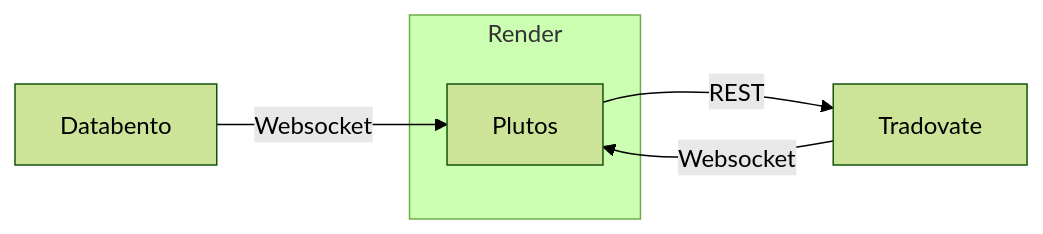
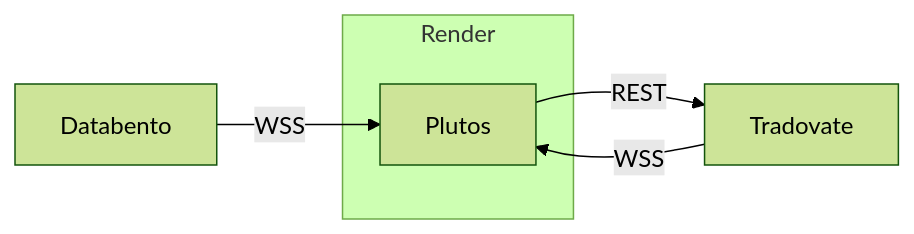
The first of 2 diagrams in architecture.md (andreas-lehn/plutos), drawn with Mermaid (forest theme) before and after one commit. The commit also changed other lines of this file, not shown here.

Commit message:
insert graphics for task architecture

````diff
--- a/architecture.md
+++ b/architecture.md
@@ -46,12 +46,12 @@
 ```mermaid
 graph LR
     %% Das Hauptsystem in der Mitte
     subgraph Render
         bot[Plutos]
     end
 
     %% Der Hauptdatenfluss von links nach rechts
-    bento[Databento] --Websocket--> bot
-    bot --REST--> trade[Tradovate]
-    trade --Websocket--> bot
+    bento[Databento] --WSS--> bot
+    bot --REST--> trado[Tradovate]
+    trado --WSS--> bot
 ```
````
